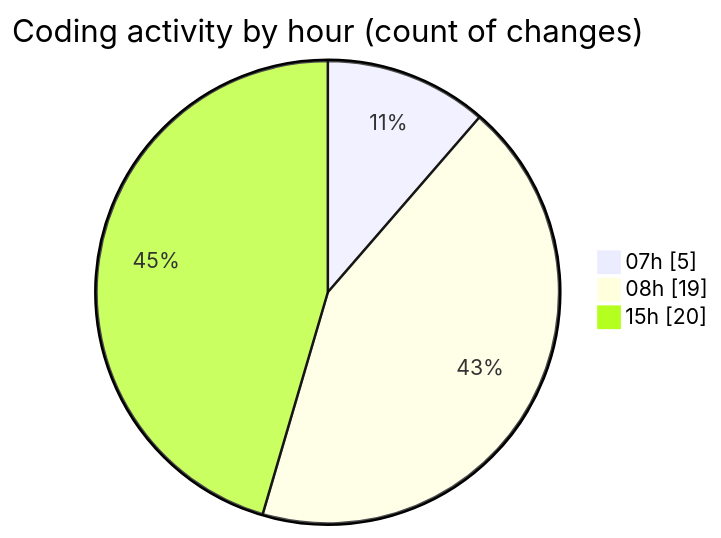
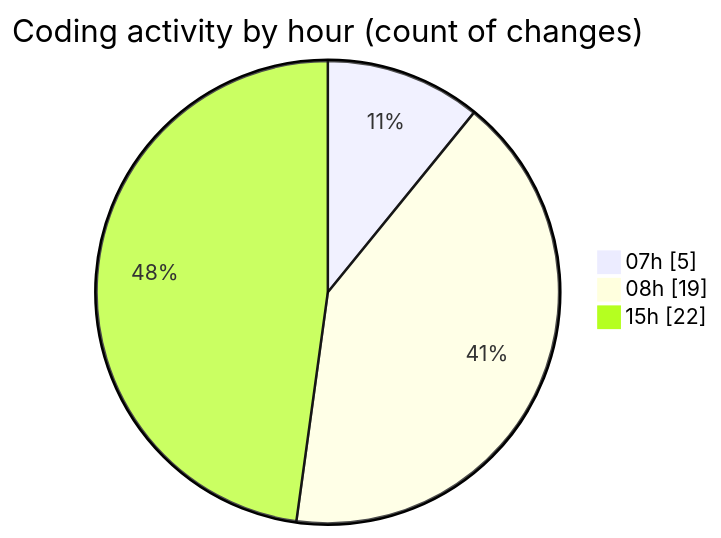
One commit to robertbonfada/code-tracking changed the second of 2 diagrams in 2025-02-07/mbc-web/README.md. Above: the diagram before and after it, drawn with Mermaid. The commit also changed other lines of this file and 1 other file, not shown here.

````diff
--- a/2025-02-07/mbc-web/README.md
+++ b/2025-02-07/mbc-web/README.md
@@ -34,7 +34,7 @@
 ```mermaid
 pie showData
 title Coding activity by hour (count of changes)
 "07h" : 5
 "08h" : 19
-"15h" : 20
+"15h" : 22
 ```
````
